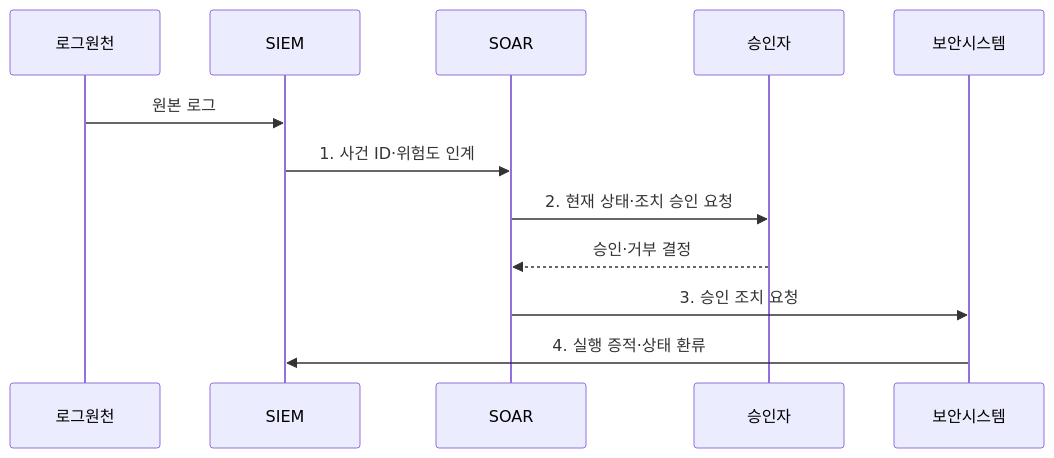
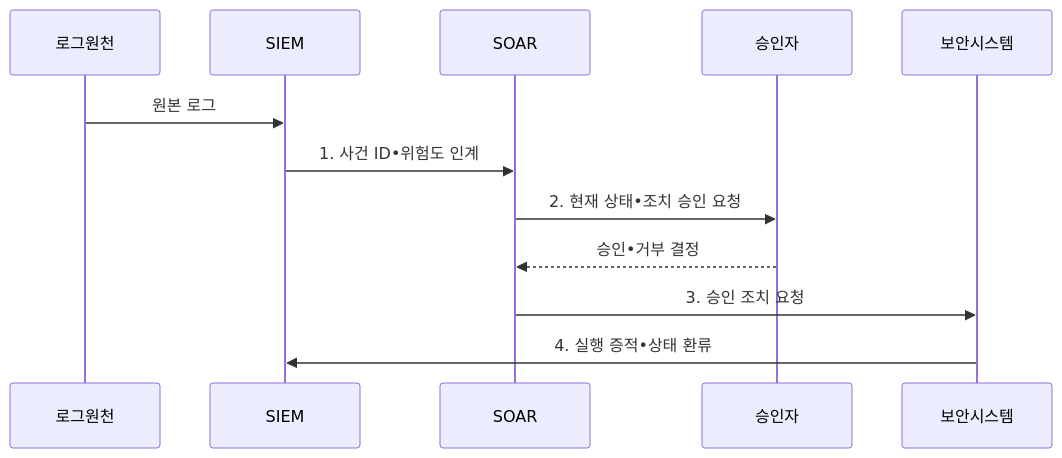
One commit to agnusdei1207/knowledge-base changed the second of 2 diagrams in src/content/docs/notes/05-security/037_siem_vs_soar.md. Above: the diagram before and after it, drawn with Mermaid. The commit also changed other lines of this file and 953 other files, not shown here.

````diff
--- a/src/content/docs/notes/05-security/037_siem_vs_soar.md
+++ b/src/content/docs/notes/05-security/037_siem_vs_soar.md
@@ -101,14 +101,14 @@
 ```mermaid
 sequenceDiagram
     participant 로그원천
     participant SIEM
     participant SOAR
     participant 승인자
     participant 보안시스템
     로그원천->>SIEM: 원본 로그
-    SIEM->>SOAR: 1. 사건 ID·위험도 인계
-    SOAR->>승인자: 2. 현재 상태·조치 승인 요청
-    승인자-->>SOAR: 승인·거부 결정
+    SIEM->>SOAR: 1. 사건 ID•위험도 인계
+    SOAR->>승인자: 2. 현재 상태•조치 승인 요청
+    승인자-->>SOAR: 승인•거부 결정
     SOAR->>보안시스템: 3. 승인 조치 요청
-    보안시스템->>SIEM: 4. 실행 증적·상태 환류
+    보안시스템->>SIEM: 4. 실행 증적•상태 환류
 ```
````
